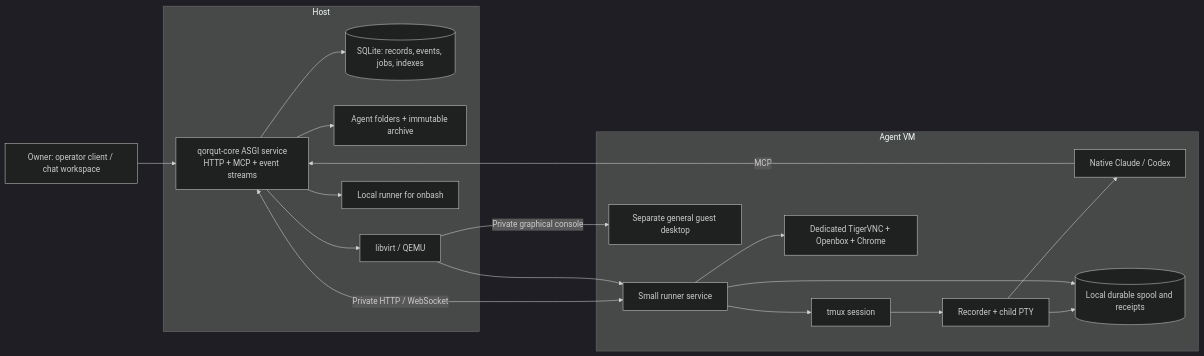
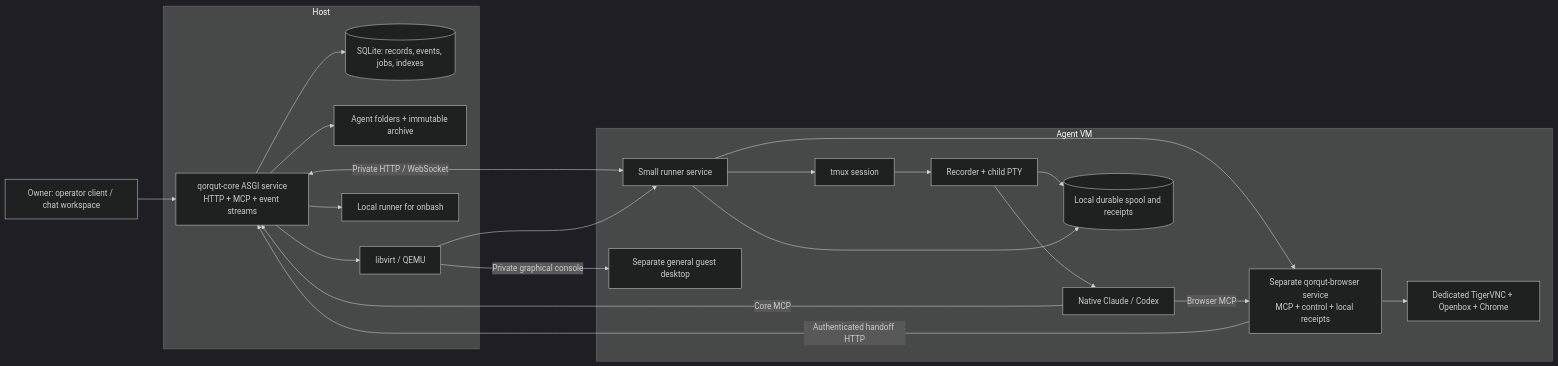
One commit to 49-Agents/qorqbot changed the diagram in ui/docs/ARCHITECTURE.md. Above: the diagram before and after it, drawn with Mermaid (dark theme). The commit also changed other lines of this file and 18 other files, not shown here.

Commit message:
docs: make browser an independent MCP service

````diff
--- a/ui/docs/ARCHITECTURE.md
+++ b/ui/docs/ARCHITECTURE.md
@@ -7,33 +7,36 @@
 ```mermaid
 flowchart LR
     OWNER[Owner: operator client / chat workspace] --> HOST
     subgraph Host
         HOST[qorqut-core ASGI service\nHTTP + MCP + event streams]
         DB[(SQLite: records, events, jobs, indexes)]
         STORE[Agent folders + immutable archive]
         LV[libvirt / QEMU]
         LOCAL[Local runner for onbash]
         HOST --> DB
         HOST --> STORE
         HOST --> LV
         HOST --> LOCAL
     end
     subgraph Agent VM
         GUEST[Small runner service]
         TMUX[tmux session]
         REC[Recorder + child PTY]
         CLI[Native Claude / Codex]
         SPOOL[(Local durable spool and receipts)]
+        BROWSER[Separate qorqut-browser service\nMCP + control + local receipts]
         DESKTOP[Dedicated TigerVNC + Openbox + Chrome]
         MACHINE[Separate general guest desktop]
         GUEST --> TMUX
         TMUX --> REC --> CLI
         REC --> SPOOL
         GUEST --> SPOOL
-        GUEST --> DESKTOP
-        CLI -->|MCP| HOST
+        GUEST --> BROWSER --> DESKTOP
+        CLI -->|Core MCP| HOST
+        CLI -->|Browser MCP| BROWSER
+        BROWSER -->|Authenticated handoff HTTP| HOST
     end
     HOST <-->|Private HTTP / WebSocket| GUEST
     LV --> GUEST
     LV -->|Private graphical console| MACHINE
 ```
````
